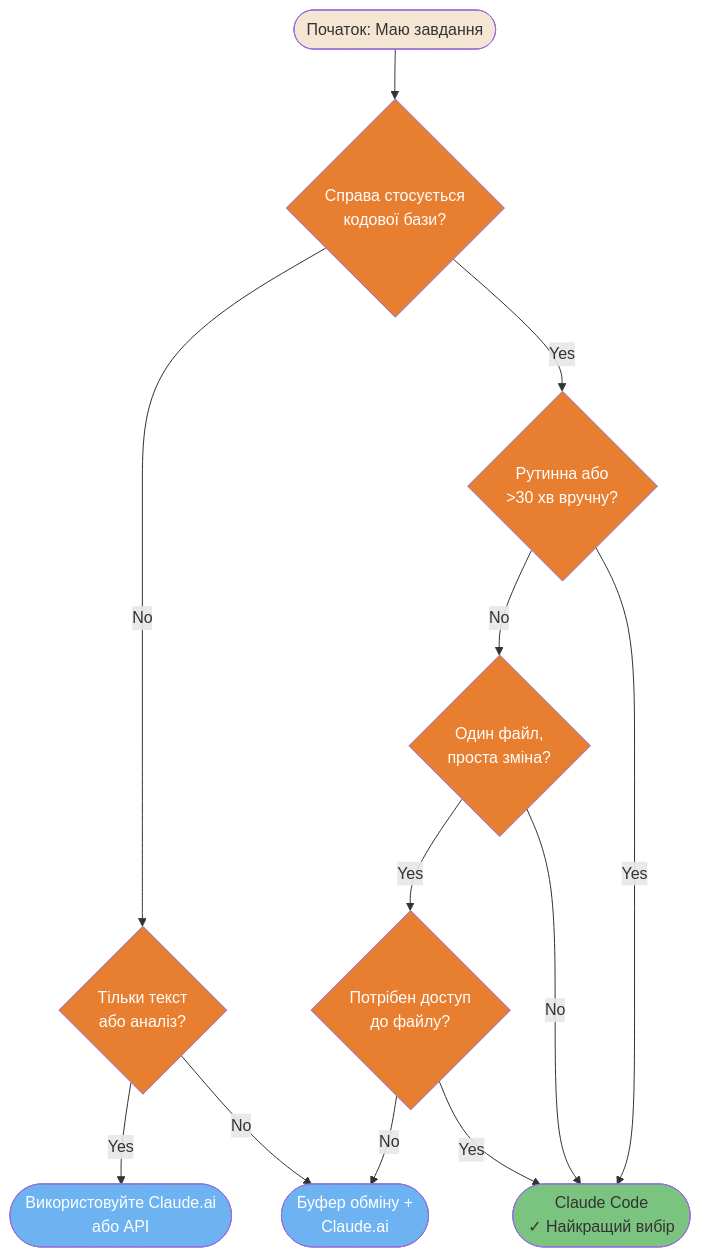
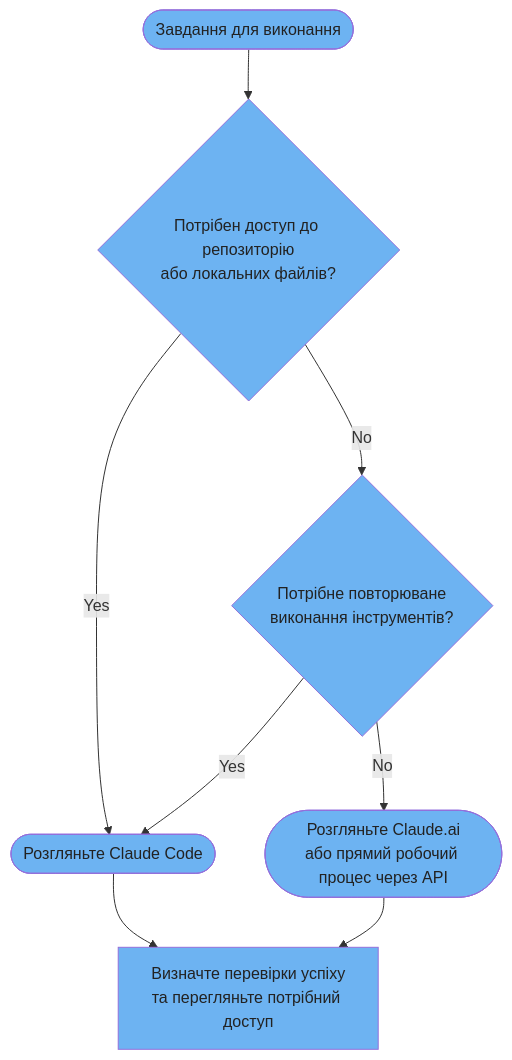
One commit to sermers-cyber/claude-code-ultimate-guide-ua changed the third of 4 diagrams in guide/diagrams/01-foundations.uk.md. Above: the diagram before and after it, drawn with Mermaid. The commit also changed other lines of this file and 80 other files, not shown here.

````diff
--- a/guide/diagrams/01-foundations.uk.md
+++ b/guide/diagrams/01-foundations.uk.md
@@ -149,38 +130,22 @@
 ```mermaid
 flowchart TD
-    A([Початок: Маю завдання]) --> B{Справа стосується<br/>кодової бази?}
-    B -->|No| C{Тільки текст<br/>або аналіз?}
-    B -->|Yes| D{Рутинна або<br/>>30 хв вручну?}
-
-    C -->|Yes| E([Використовуйте Claude.ai<br/>або API])
-    C -->|No| F([Буфер обміну +<br/>Claude.ai])
-
-    D -->|No| G{Один файл,<br/>проста зміна?}
-    D -->|Yes| H([Claude Code<br/>✓ Найкращий вибір])
-
-    G -->|Yes| I{Потрібен доступ<br/>до файлу?}
-    G -->|No| H
-
-    I -->|No| F
-    I -->|Yes| H
-
-    style A fill:#F5E6D3,color:#333
-    style B fill:#E87E2F,color:#fff
-    style C fill:#E87E2F,color:#fff
-    style D fill:#E87E2F,color:#fff
-    style G fill:#E87E2F,color:#fff
-    style I fill:#E87E2F,color:#fff
-    style E fill:#6DB3F2,color:#fff
-    style F fill:#6DB3F2,color:#fff
-    style H fill:#7BC47F,color:#333
-
-    click A href "https://github.com/gerasimsergey/claude-code-ultimate-guide-ua/blob/main/guide/ultimate-guide.md#12-first-workflow" "Коли використовувати Claude Code"
-    click B href "https://github.com/gerasimsergey/claude-code-ultimate-guide-ua/blob/main/guide/ultimate-guide.md#12-first-workflow" "Справа стосується кодової бази?"
-    click C href "https://github.com/gerasimsergey/claude-code-ultimate-guide-ua/blob/main/guide/ultimate-guide.md#12-first-workflow" "Тільки текст або аналіз?"
-    click D href "https://github.com/gerasimsergey/claude-code-ultimate-guide-ua/blob/main/guide/ultimate-guide.md#12-first-workflow" "Рутинна або тривала ручна задача?"
-    click E href "https://github.com/gerasimsergey/claude-code-ultimate-guide-ua/blob/main/guide/ultimate-guide.md#12-first-workflow" "Використовувати Claude.ai"
-    click F href "https://github.com/gerasimsergey/claude-code-ultimate-guide-ua/blob/main/guide/ultimate-guide.md#12-first-workflow" "Буфер обміну + Claude.ai"
-    click G href "https://github.com/gerasimsergey/claude-code-ultimate-guide-ua/blob/main/guide/ultimate-guide.md#12-first-workflow" "Один файл, проста зміна?"
-    click H href "https://github.com/gerasimsergey/claude-code-ultimate-guide-ua/blob/main/guide/11-installation" "Claude Code — найкращий вибір"
-    click I href "https://github.com/gerasimsergey/claude-code-ultimate-guide-ua/blob/main/guide/ultimate-guide.md#12-first-workflow" "Потрібен доступ до файлу?"
+    A([Завдання для виконання]) --> B{Потрібен доступ до репозиторію<br/>або локальних файлів?}
+    B -->|Yes| H([Розгляньте Claude Code])
+    B -->|No| C{Потрібне повторюване<br/>виконання інструментів?}
+    C -->|Yes| H
+    C -->|No| E([Розгляньте Claude.ai<br/>або прямий робочий процес через API])
+    H --> V[Визначте перевірки успіху<br/>та перегляньте потрібний доступ]
+    E --> V
+    style A fill:#6DB3F2,color:#222
+    click A href "https://github.com/FlorianBruniaux/claude-code-ultimate-guide/blob/main/guide/ultimate-guide.md#12-first-workflow" "First workflow"
+    style B fill:#6DB3F2,color:#222
+    click B href "https://github.com/FlorianBruniaux/claude-code-ultimate-guide/blob/main/guide/ultimate-guide.md#12-first-workflow" "First workflow"
+    style H fill:#6DB3F2,color:#222
+    click H href "https://github.com/FlorianBruniaux/claude-code-ultimate-guide/blob/main/guide/ultimate-guide.md#12-first-workflow" "First workflow"
+    style C fill:#6DB3F2,color:#222
+    click C href "https://github.com/FlorianBruniaux/claude-code-ultimate-guide/blob/main/guide/ultimate-guide.md#12-first-workflow" "First workflow"
+    style E fill:#6DB3F2,color:#222
+    click E href "https://github.com/FlorianBruniaux/claude-code-ultimate-guide/blob/main/guide/ultimate-guide.md#12-first-workflow" "First workflow"
+    style V fill:#6DB3F2,color:#222
+    click V href "https://github.com/FlorianBruniaux/claude-code-ultimate-guide/blob/main/guide/ultimate-guide.md#12-first-workflow" "First workflow"
 ```
````
